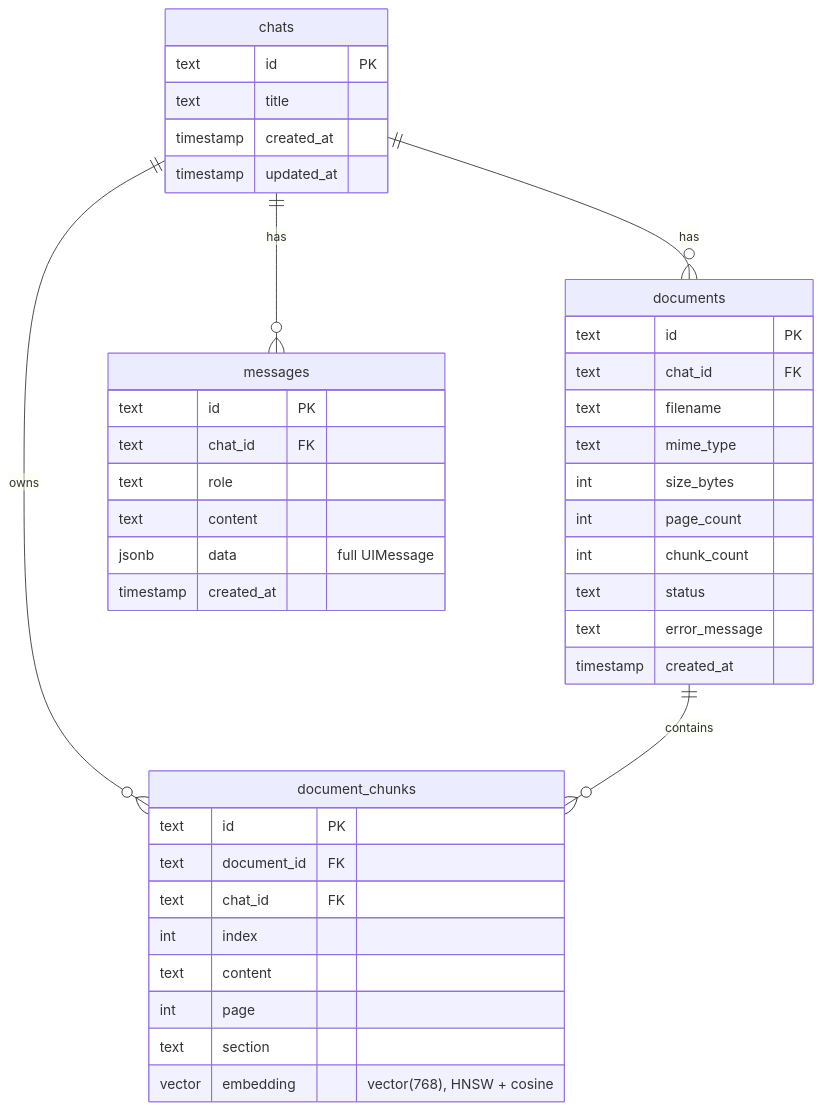
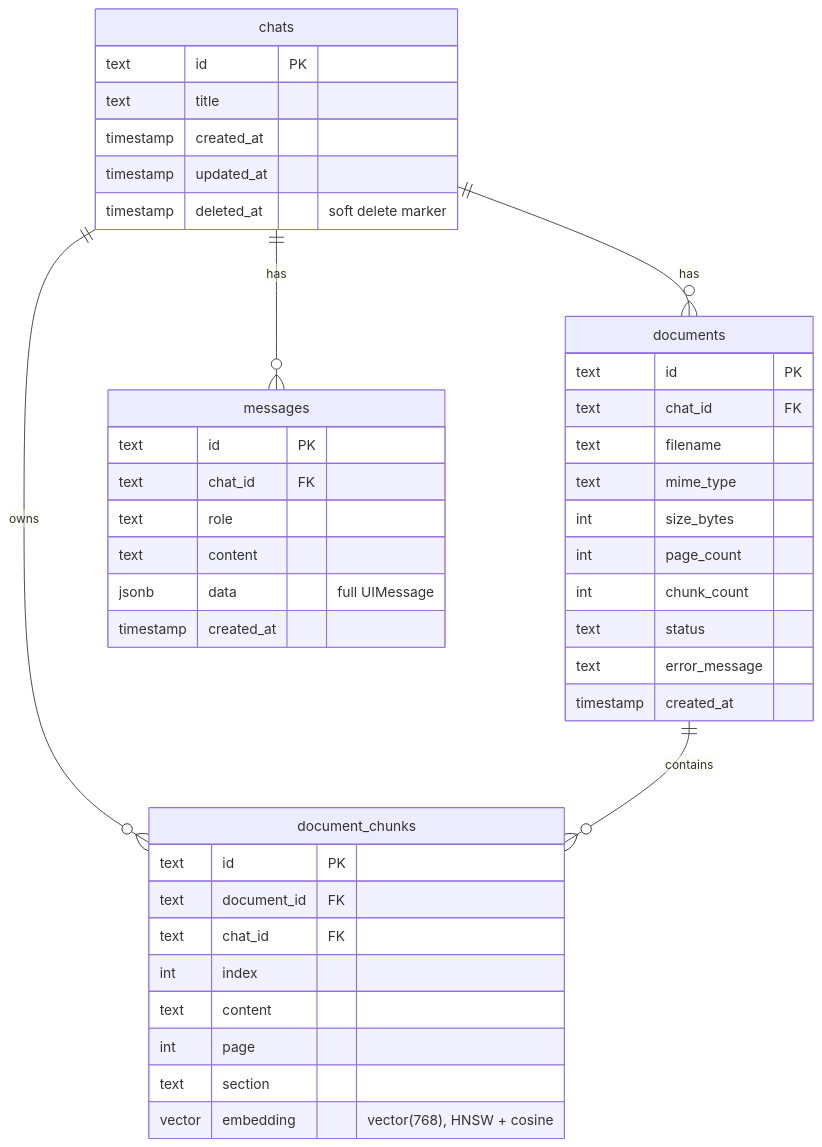
Before and after one commit to codingjohnph/rag: the diagram in README.md, drawn with Mermaid. The commit also changed other lines of this file, not shown here.

First line of the commit message:
docs: document soft deletion of chats

````diff
--- a/README.md
+++ b/README.md
@@ -74,44 +74,45 @@
 ```mermaid
 erDiagram
     chats ||--o{ documents : "has"
     chats ||--o{ document_chunks : "owns"
     documents ||--o{ document_chunks : "contains"
     chats ||--o{ messages : "has"
 
     chats {
         text id PK
         text title
         timestamp created_at
         timestamp updated_at
+        timestamp deleted_at "soft delete marker"
     }
     documents {
         text id PK
         text chat_id FK
         text filename
         text mime_type
         int size_bytes
         int page_count
         int chunk_count
         text status
         text error_message
         timestamp created_at
     }
     document_chunks {
         text id PK
         text document_id FK
         text chat_id FK
         int index
         text content
         int page
         text section
         vector embedding "vector(768), HNSW + cosine"
     }
     messages {
         text id PK
         text chat_id FK
         text role
         text content
         jsonb data "full UIMessage"
         timestamp created_at
     }
 ```
````
